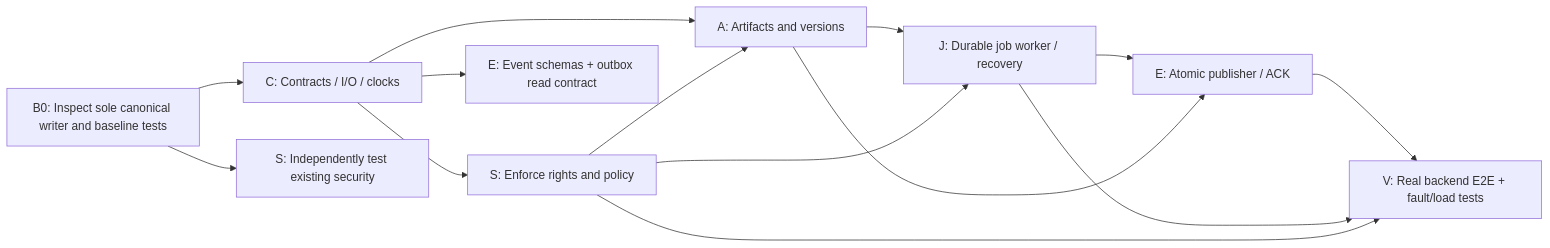
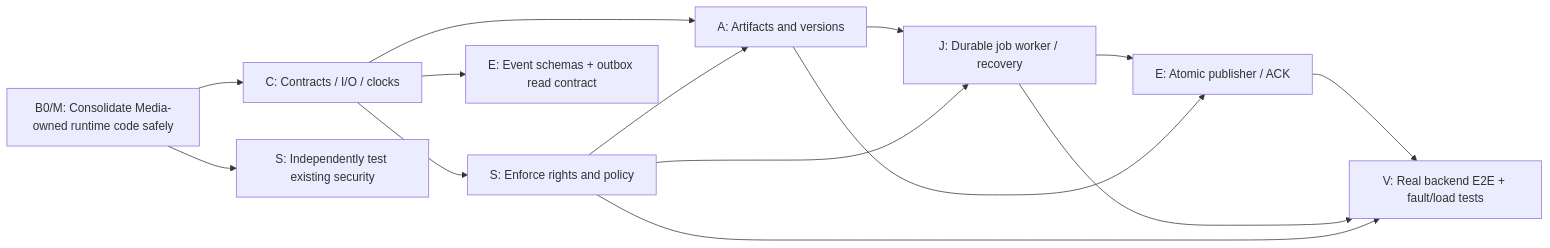
One commit to samujjwal/ghatana-media changed the diagram in docs/implementation/MEDIA-BACKEND-FOUNDATION-DEEP-IMPLEMENTATION-2026-10-24.md. Above: the diagram before and after it, drawn with Mermaid. The commit also changed other lines of this file, not shown here.

Commit message:
Correct backend plan to implement only in Media and align known PDP state, event and API gaps

````diff
--- a/docs/implementation/MEDIA-BACKEND-FOUNDATION-DEEP-IMPLEMENTATION-2026-10-24.md
+++ b/docs/implementation/MEDIA-BACKEND-FOUNDATION-DEEP-IMPLEMENTATION-2026-10-24.md
@@ -50,16 +60,16 @@
 ```mermaid
 flowchart LR
-  B["B0: Inspect sole canonical writer and baseline tests"] --> C["C: Contracts / I/O / clocks"]
+  B["B0/M: Consolidate Media-owned runtime code safely"] --> C["C: Contracts / I/O / clocks"]
   B --> S0["S: Independently test existing security"]
   C --> S["S: Enforce rights and policy"]
   C --> A["A: Artifacts and versions"]
   S --> A
   A --> J["J: Durable job worker / recovery"]
   S --> J
   C --> E0["E: Event schemas + outbox read contract"]
   J --> E["E: Atomic publisher / ACK"]
   A --> E
   E --> V["V: Real backend E2E + fault/load tests"]
   J --> V
   S --> V
 ```
````
